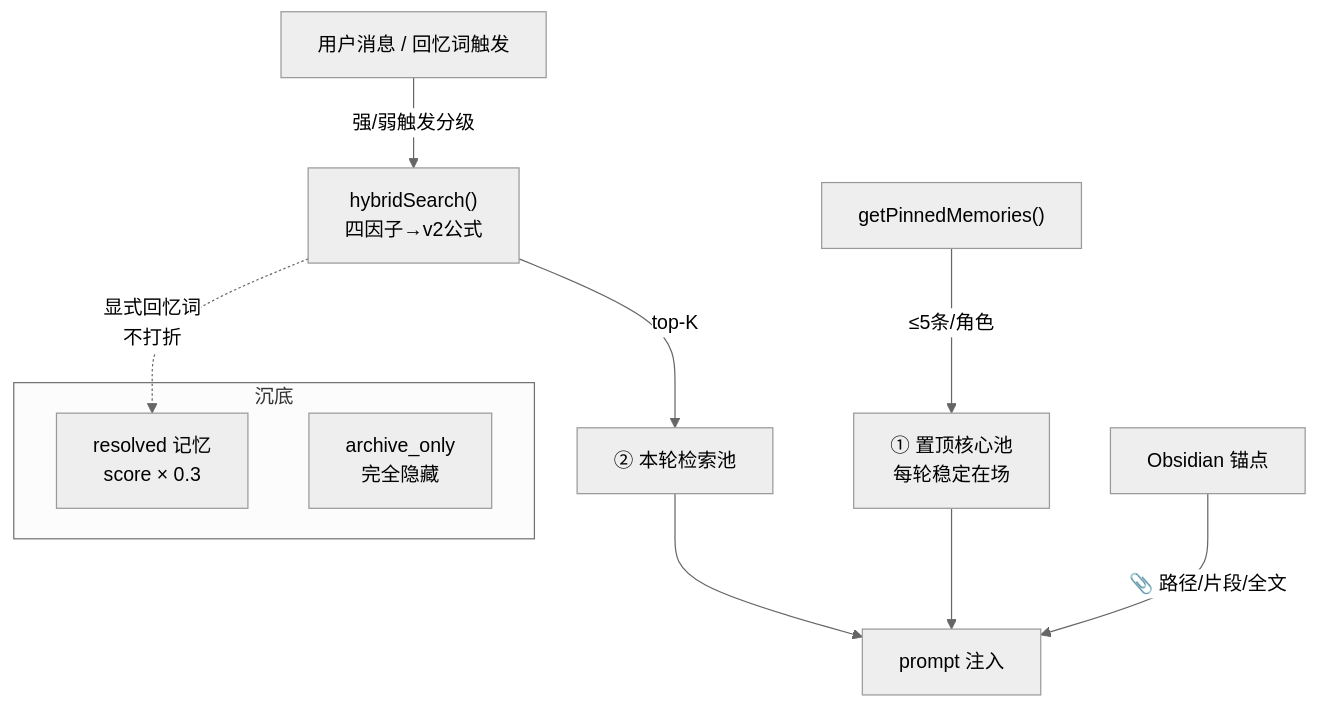
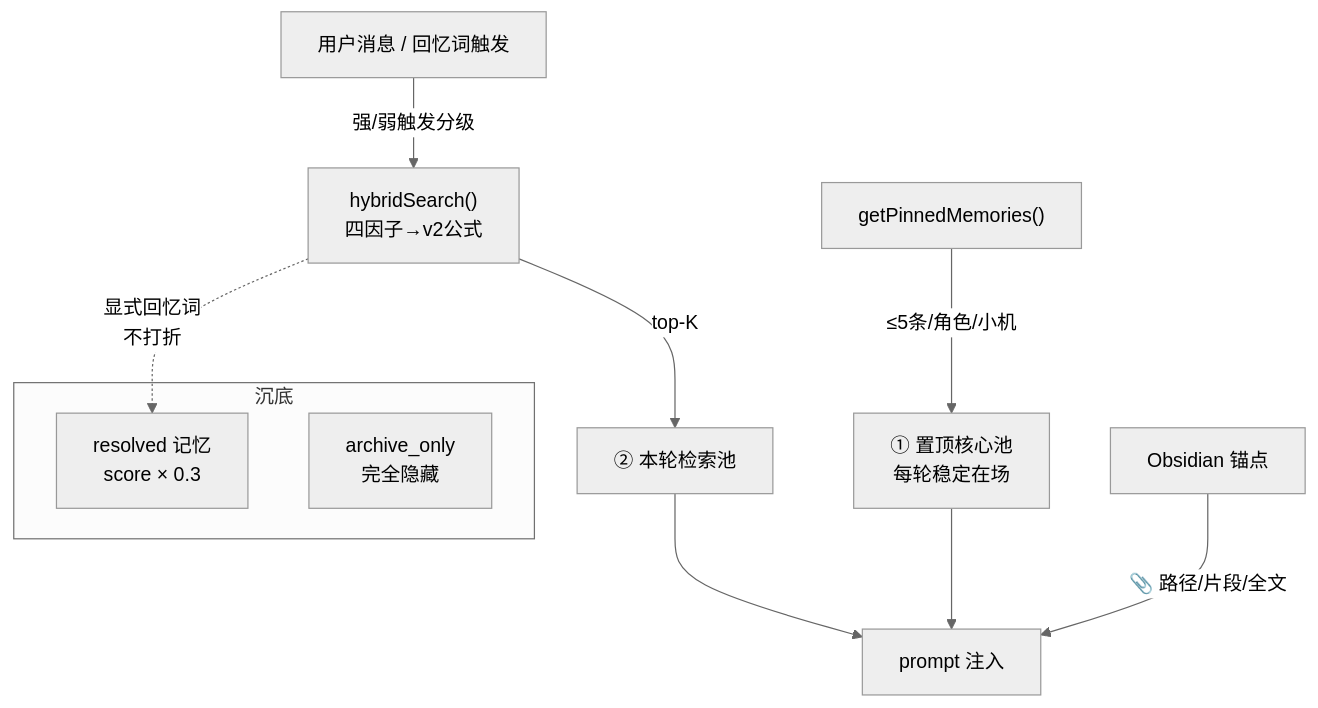
Before and after one commit to TAra93-1/AZOTH_mem: the fourth of 4 diagrams in azoth_memory_system_anatomy.md, drawn with Mermaid (neutral theme). The commit also changed other lines of this file and 1 other file, not shown here.

Commit message:
anatomy 额外多了一张 mermaid 流程图画双写路径。README 用纯文本表格保持轻量。

````diff
--- a/azoth_memory_system_anatomy.md
+++ b/azoth_memory_system_anatomy.md
@@ -169,20 +217,20 @@
 ```mermaid
 flowchart TD
     Q["用户消息 / 回忆词触发"] --> |"强/弱触发分级"| HS["hybridSearch()<br/>四因子→v2公式"]
 
     HS --> |"top-K"| P2["② 本轮检索池"]
     
-    PIN["getPinnedMemories()"] --> |"≤5条/角色"| P1["① 置顶核心池<br/>每轮稳定在场"]
+    PIN["getPinnedMemories()"] --> |"≤5条/角色/小机"| P1["① 置顶核心池<br/>每轮稳定在场"]
 
     P2 --> INJ["prompt 注入"]
     P1 --> INJ
     
     OBS["Obsidian 锚点"] --> |"📎 路径/片段/全文"| INJ
 
     subgraph "沉底"
         RES["resolved 记忆<br/>score × 0.3"]
         ARC["archive_only<br/>完全隐藏"]
     end
 
     HS -.-> |"显式回忆词<br/>不打折"| RES
 ```
````
